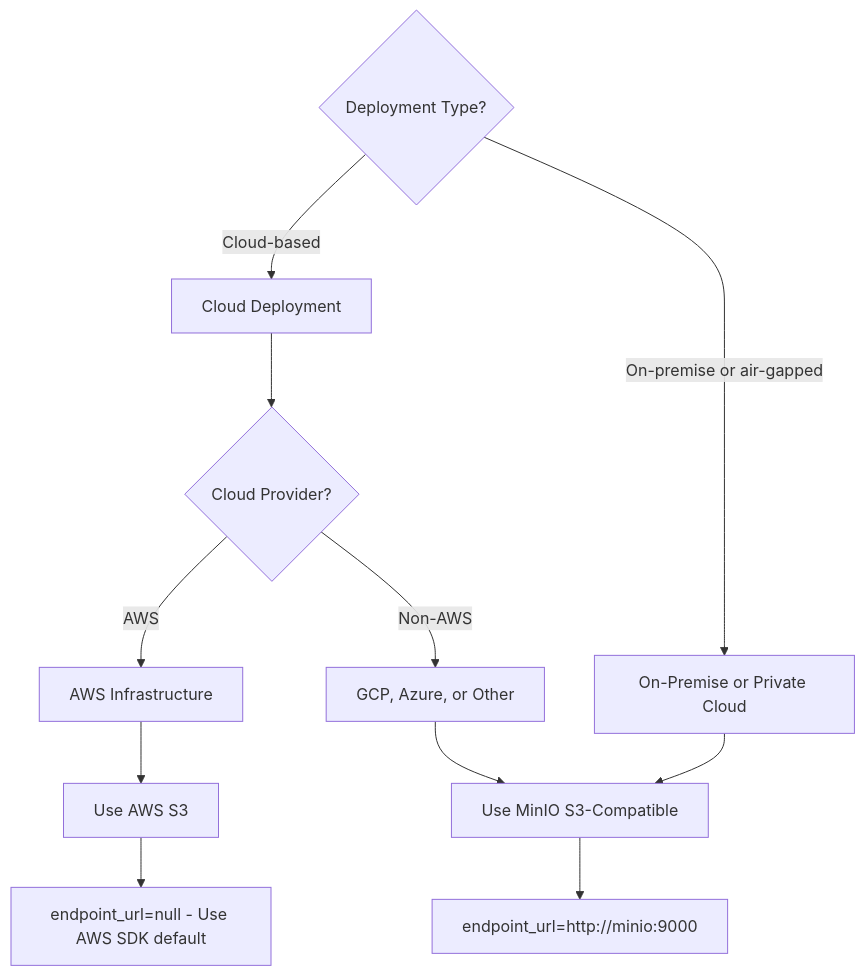
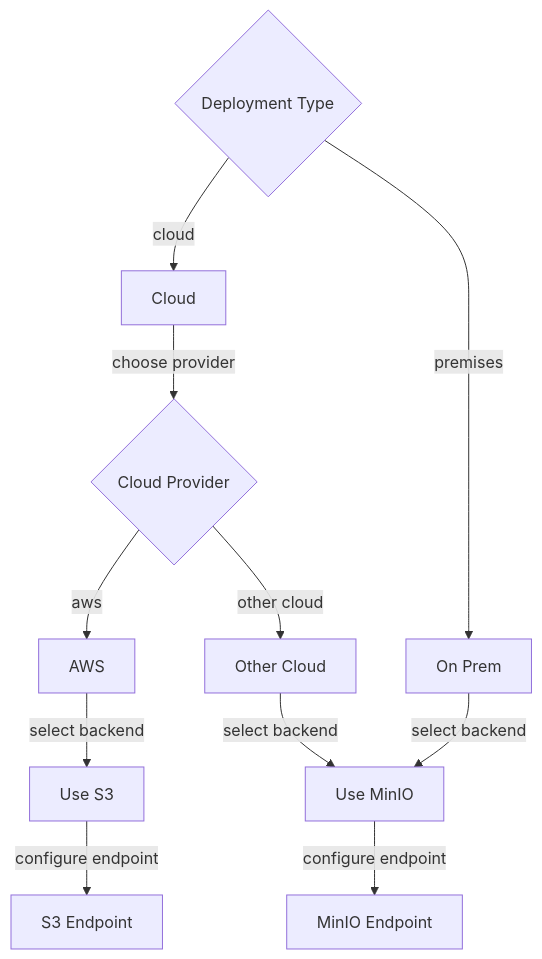
One commit to Tuee22/SpectralMC changed the third of 5 diagrams in documents/product/deployment.md. Above: the diagram before and after it, drawn with Mermaid. The commit also changed other lines of this file and 28 other files, not shown here.

````diff
--- a/documents/product/deployment.md
+++ b/documents/product/deployment.md
@@ -262,27 +281,27 @@
 ```mermaid
 flowchart TB
-  Start{Deployment Type?}
-  Cloud[Cloud Deployment]
-  OnPrem[On-Premise or Private Cloud]
+  Start{Deployment Type}
+  Cloud[Cloud]
+  OnPrem[On Prem]
 
-  CloudProvider{Cloud Provider?}
-  AWS[AWS Infrastructure]
-  OtherCloud[GCP, Azure, or Other]
+  CloudProvider{Cloud Provider}
+  AWS[AWS]
+  OtherCloud[Other Cloud]
 
-  UseS3[Use AWS S3]
-  UseMinIO[Use MinIO S3-Compatible]
+  UseS3[Use S3]
+  UseMinIO[Use MinIO]
 
-  Start -->|Cloud-based| Cloud
-  Start -->|On-premise or air-gapped| OnPrem
+  Start -->|cloud| Cloud
+  Start -->|premises| OnPrem
 
-  Cloud --> CloudProvider
-  CloudProvider -->|AWS| AWS
-  CloudProvider -->|Non-AWS| OtherCloud
+  Cloud -->|choose provider| CloudProvider
+  CloudProvider -->|aws| AWS
+  CloudProvider -->|other cloud| OtherCloud
 
-  AWS --> UseS3
-  OtherCloud --> UseMinIO
-  OnPrem --> UseMinIO
+  AWS -->|select backend| UseS3
+  OtherCloud -->|select backend| UseMinIO
+  OnPrem -->|select backend| UseMinIO
 
-  UseS3 --> S3Config[endpoint_url=null - Use AWS SDK default]
-  UseMinIO --> MinIOConfig[endpoint_url=http://minio:9000]
+  UseS3 -->|configure endpoint| S3Config[S3 Endpoint]
+  UseMinIO -->|configure endpoint| MinIOConfig[MinIO Endpoint]
 ```
````
